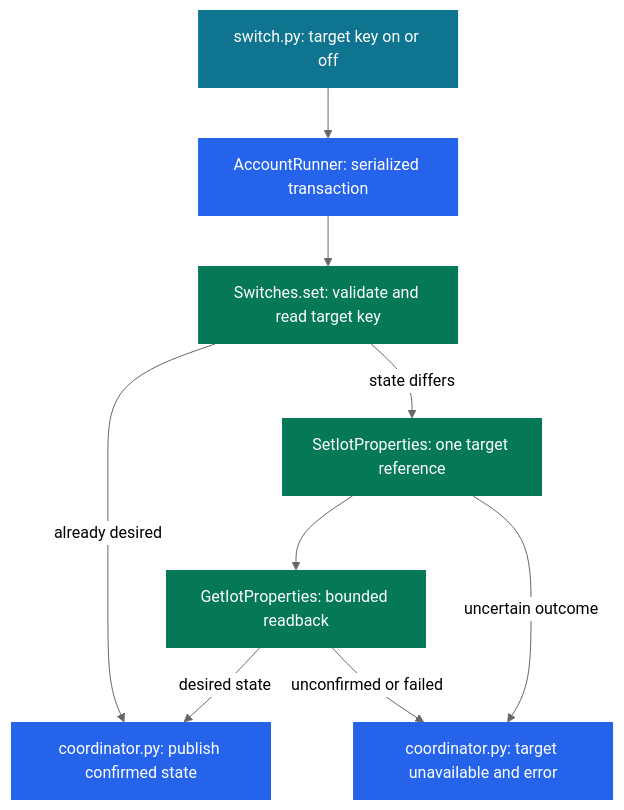
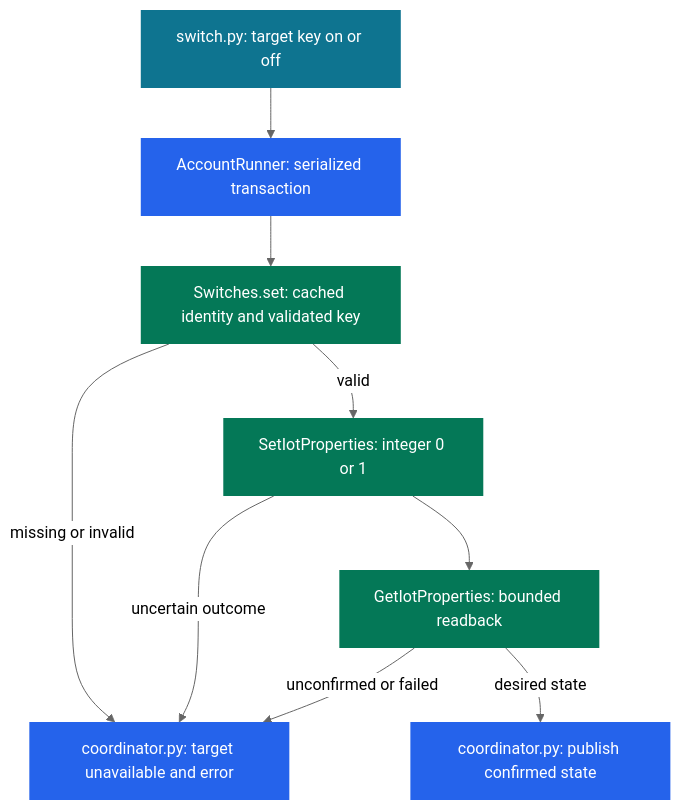
The second of 2 diagrams in docs/protocol.md (FidelisClayton/ha-intelbras-mibo), drawn with Mermaid (neutral theme) before and after one commit. The commit also changed other lines of this file and 10 other files, not shown here.

````diff
--- a/docs/protocol.md
+++ b/docs/protocol.md
@@ -123,17 +124,17 @@
 ```mermaid
 flowchart TB
   S[switch.py: target key on or off] --> R[AccountRunner: serialized transaction]
-  R --> V[Switches.set: validate and read target key]
-  V -->|already desired| OK[coordinator.py: publish confirmed state]
-  V -->|state differs| W[SetIotProperties: one target reference]
+  R --> V[Switches.set: cached identity and validated key]
+  V -->|missing or invalid| E[coordinator.py: target unavailable and error]
+  V -->|valid| W[SetIotProperties: integer 0 or 1]
   W --> B[GetIotProperties: bounded readback]
-  B -->|desired state| OK
-  W -->|uncertain outcome| E[coordinator.py: target unavailable and error]
+  B -->|desired state| OK[coordinator.py: publish confirmed state]
+  W -->|uncertain outcome| E
   B -->|unconfirmed or failed| E
   class S frontend
   class R,OK,E controller
   class V,W,B model
   classDef controller fill:#2563eb,color:#fff,stroke:none
   classDef model fill:#047857,color:#fff,stroke:none
   classDef frontend fill:#0e7490,color:#fff,stroke:none
 ```
````
